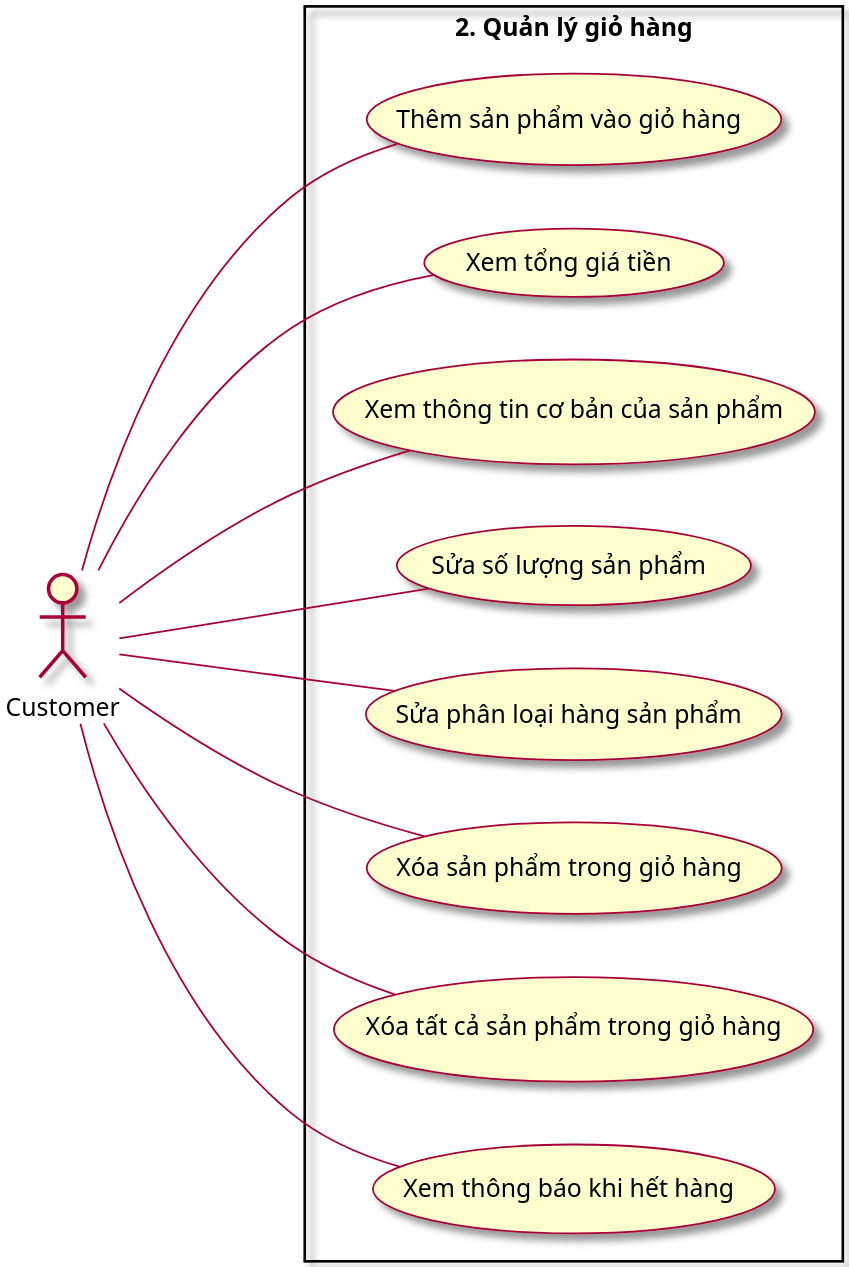
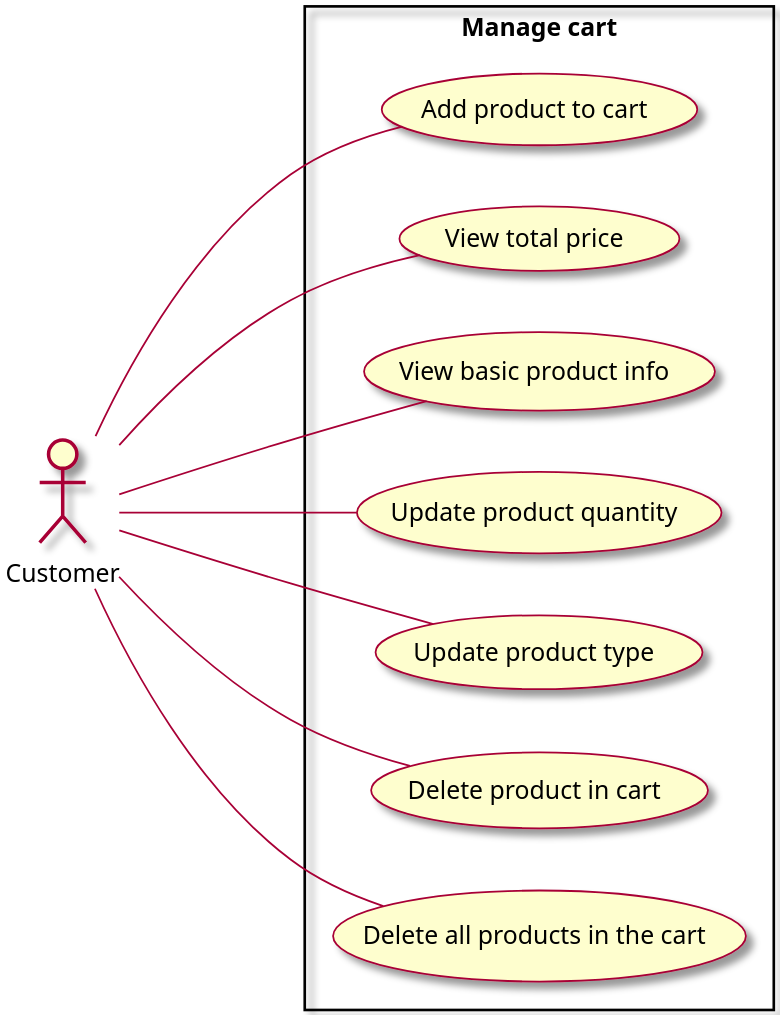
One commit to Marowota/ecommerce-plantuml changed the diagram in Usecase/2. ManageCart.puml. Above: the diagram before and after it, drawn with PlantUML. The commit also changed 10 other files, not shown here.

```diff
--- a/Usecase/2. ManageCart.puml
+++ b/Usecase/2. ManageCart.puml
@@ -1,29 +1,27 @@
 @startuml ManageCart
 
 left to right direction
 scale 3
 skin rose
 
 actor Customer as customer
 
-rectangle "2. Quản lý giỏ hàng" {
-    usecase (Thêm sản phẩm vào giỏ hàng) as tspvgh
-    usecase (Xem tổng giá tiền) as xtgt
-    usecase (Xem thông tin cơ bản của sản phẩm) as xttcbcsp
-    usecase (Sửa số lượng sản phẩm) as sslsp
-    usecase (Sửa phân loại hàng sản phẩm) as splhsp
-    usecase (Xóa sản phẩm trong giỏ hàng) as xsptrgh
-    usecase (Xóa tất cả sản phẩm trong giỏ hàng) as xttcsptrgh
-    usecase (Xem thông báo khi hết hàng) as xtbkhh
+rectangle "Manage cart" {
+    usecase (Add product to cart) as tspvgh
+    usecase (View total price) as xtgt
+    usecase (View basic product info) as xttcbcsp
+    usecase (Update product quantity) as sslsp
+    usecase (Update product type) as splhsp
+    usecase (Delete product in cart) as xsptrgh
+    usecase (Delete all products in the cart) as xttcsptrgh
 }
 
 customer --- tspvgh
 customer --- xtgt
 customer --- xttcbcsp
 customer --- sslsp
 customer --- splhsp
 customer --- xsptrgh
 customer --- xttcsptrgh
-customer --- xtbkhh
 
 @enduml
```
